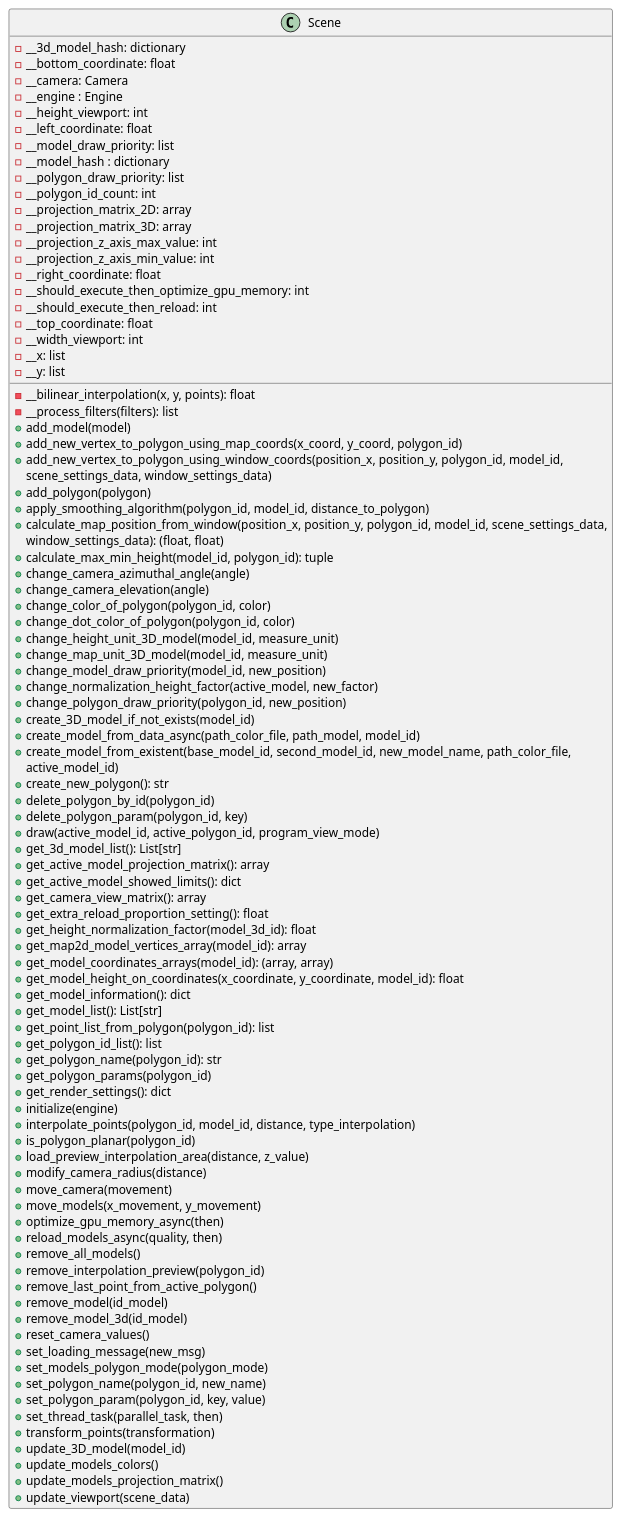
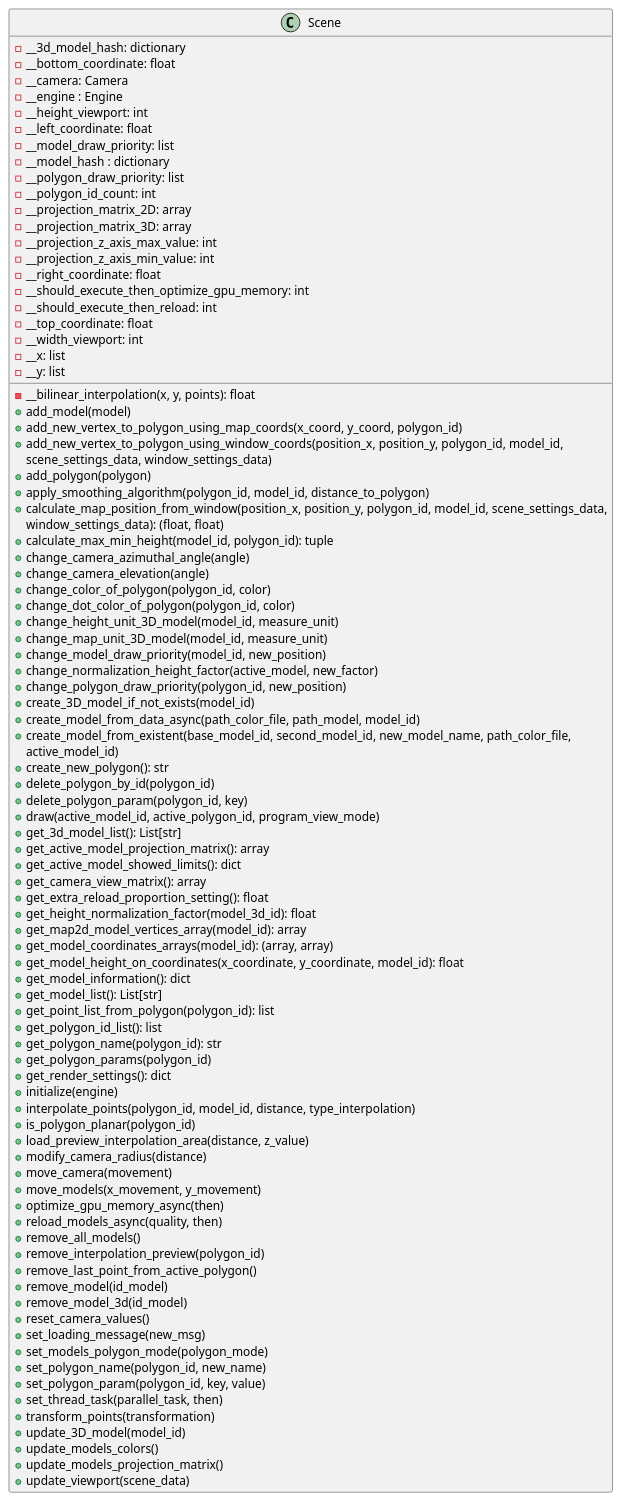
Before and after one commit to ferpoble2/Relief_Creator: the diagram in docs/classes/Scene.puml, drawn with PlantUML. The commit also changed 1 other file, not shown here.

```diff
--- a/docs/classes/Scene.puml
+++ b/docs/classes/Scene.puml
@@ -1,95 +1,94 @@
 @startuml
             class Scene{
                 - __bilinear_interpolation(x, y, points): float
-                - __process_filters(filters): list
                 + add_model(model)
                 + add_new_vertex_to_polygon_using_map_coords(x_coord, y_coord, polygon_id)
                 + add_new_vertex_to_polygon_using_window_coords(position_x, position_y, polygon_id, model_id,
                                                                 scene_settings_data, window_settings_data)
                 + add_polygon(polygon)
                 + apply_smoothing_algorithm(polygon_id, model_id, distance_to_polygon)
                 + calculate_map_position_from_window(position_x, position_y, polygon_id, model_id, scene_settings_data,
                                                        window_settings_data): (float, float)
                 + calculate_max_min_height(model_id, polygon_id): tuple
                 + change_camera_azimuthal_angle(angle)
                 + change_camera_elevation(angle)
                 + change_color_of_polygon(polygon_id, color)
                 + change_dot_color_of_polygon(polygon_id, color)
                 + change_height_unit_3D_model(model_id, measure_unit)
                 + change_map_unit_3D_model(model_id, measure_unit)
                 + change_model_draw_priority(model_id, new_position)
                 + change_normalization_height_factor(active_model, new_factor)
                 + change_polygon_draw_priority(polygon_id, new_position)
                 + create_3D_model_if_not_exists(model_id)
                 + create_model_from_data_async(path_color_file, path_model, model_id)
                 + create_model_from_existent(base_model_id, second_model_id, new_model_name, path_color_file,
                                               active_model_id)
                 + create_new_polygon(): str
                 + delete_polygon_by_id(polygon_id)
                 + delete_polygon_param(polygon_id, key)
                 + draw(active_model_id, active_polygon_id, program_view_mode)
                 + get_3d_model_list(): List[str]
                 + get_active_model_projection_matrix(): array
                 + get_active_model_showed_limits(): dict
                 + get_camera_view_matrix(): array
                 + get_extra_reload_proportion_setting(): float
                 + get_height_normalization_factor(model_3d_id): float
                 + get_map2d_model_vertices_array(model_id): array
                 + get_model_coordinates_arrays(model_id): (array, array)
                 + get_model_height_on_coordinates(x_coordinate, y_coordinate, model_id): float
                 + get_model_information(): dict
                 + get_model_list(): List[str]
                 + get_point_list_from_polygon(polygon_id): list
                 + get_polygon_id_list(): list
                 + get_polygon_name(polygon_id): str
                 + get_polygon_params(polygon_id)
                 + get_render_settings(): dict
                 + initialize(engine)
                 + interpolate_points(polygon_id, model_id, distance, type_interpolation)
                 + is_polygon_planar(polygon_id)
                 + load_preview_interpolation_area(distance, z_value)
                 + modify_camera_radius(distance)
                 + move_camera(movement)
                 + move_models(x_movement, y_movement)
                 + optimize_gpu_memory_async(then)
                 + reload_models_async(quality, then)
                 + remove_all_models()
                 + remove_interpolation_preview(polygon_id)
                 + remove_last_point_from_active_polygon()
                 + remove_model(id_model)
                 + remove_model_3d(id_model)
                 + reset_camera_values()
                 + set_loading_message(new_msg)
                 + set_models_polygon_mode(polygon_mode)
                 + set_polygon_name(polygon_id, new_name)
                 + set_polygon_param(polygon_id, key, value)
                 + set_thread_task(parallel_task, then)
                 + transform_points(transformation)
                 + update_3D_model(model_id)
                 + update_models_colors()
                 + update_models_projection_matrix()
                 + update_viewport(scene_data)
 
                 - __3d_model_hash: dictionary
                 - __bottom_coordinate: float
                 - __camera: Camera
                 - __engine : Engine
                 - __height_viewport: int
                 - __left_coordinate: float
                 - __model_draw_priority: list
                 - __model_hash : dictionary
                 - __polygon_draw_priority: list
                 - __polygon_id_count: int
                 - __projection_matrix_2D: array
                 - __projection_matrix_3D: array
                 - __projection_z_axis_max_value: int
                 - __projection_z_axis_min_value: int
                 - __right_coordinate: float
                 - __should_execute_then_optimize_gpu_memory: int
                 - __should_execute_then_reload: int
                 - __top_coordinate: float
                 - __width_viewport: int
                 - __x: list
                 - __y: list
             }
 @enduml
```
